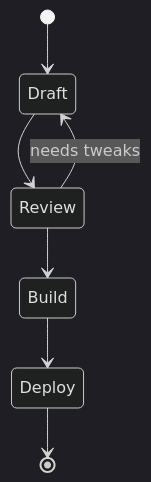
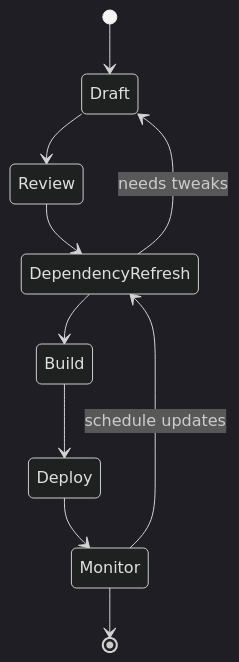
One commit to muyueh/Jekyll changed the second of 6 diagrams in README.md. Above: the diagram before and after it, drawn with Mermaid (dark theme). The commit also changed other lines of this file and 1 other file, not shown here.

Commit message:
Refresh Ruby 3.1 dependencies

````diff
--- a/README.md
+++ b/README.md
@@ -9,9 +17,12 @@
 ```mermaid
 stateDiagram-v2
     [*] --> Draft
     Draft --> Review
-    Review --> Build
+    Review --> DependencyRefresh
+    DependencyRefresh --> Build
     Build --> Deploy
-    Deploy --> [*]
-    Review --> Draft : needs tweaks
+    Deploy --> Monitor
+    Monitor --> [*]
+    DependencyRefresh --> Draft : needs tweaks
+    Monitor --> DependencyRefresh : schedule updates
 ```
````
